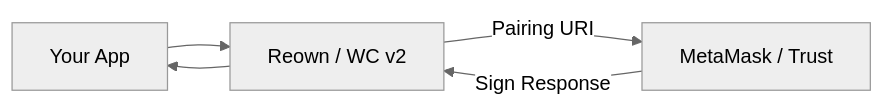
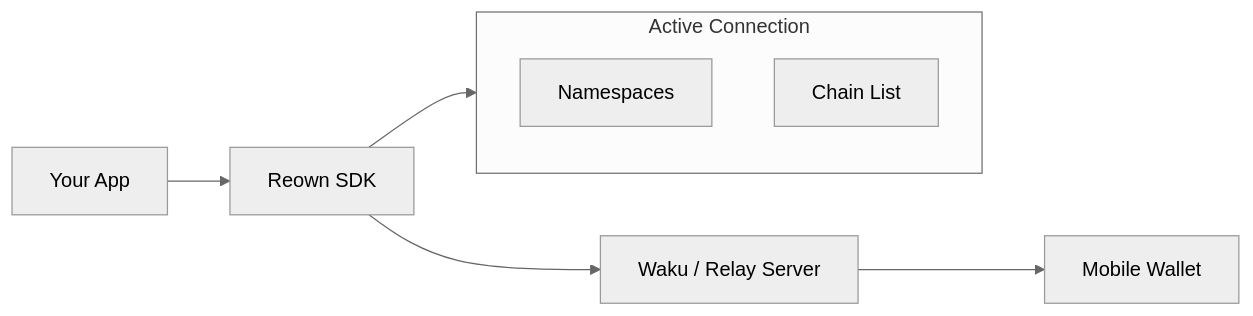
One commit to ImL1s/dart_web3 changed the diagram in dart_web3/packages/reown/README.md. Above: the diagram before and after it, drawn with Mermaid (neutral theme). The commit also changed other lines of this file and 31 other files, not shown here.

````diff
--- a/dart_web3/packages/reown/README.md
+++ b/dart_web3/packages/reown/README.md
@@ -14,7 +17,13 @@
 ```mermaid
 graph LR
-    DApp[Your App] --> Reown[Reown / WC v2]
-    Reown -- Pairing URI --> MobileWallet[MetaMask / Trust]
-    MobileWallet -- Sign Response --> Reown
-    Reown --> DApp
+    DApp[Your App] --> Reown[Reown SDK]
+    Reown --> Relay[Waku / Relay Server]
+    Relay --> Mobile[Mobile Wallet]
+    
+    subgraph Session [Active Connection]
+        Namespace[Namespaces]
+        Chains[Chain List]
+    end
+    
+    Reown --> Session
 ```
````
